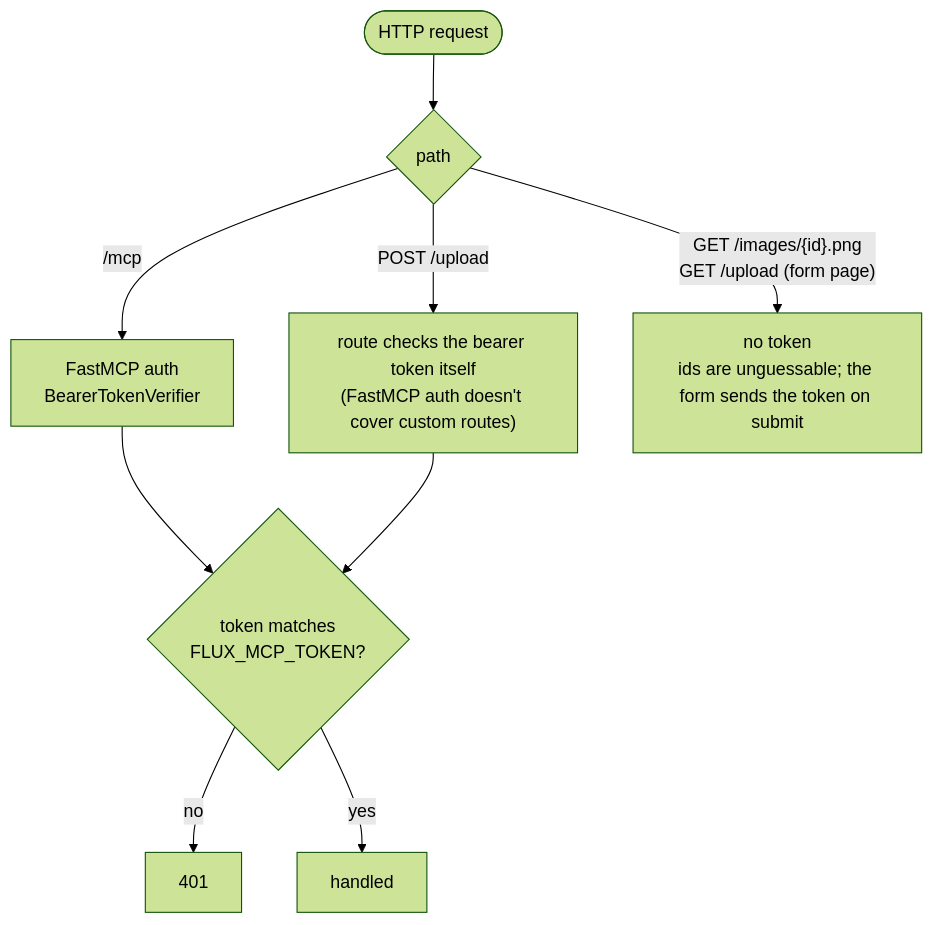
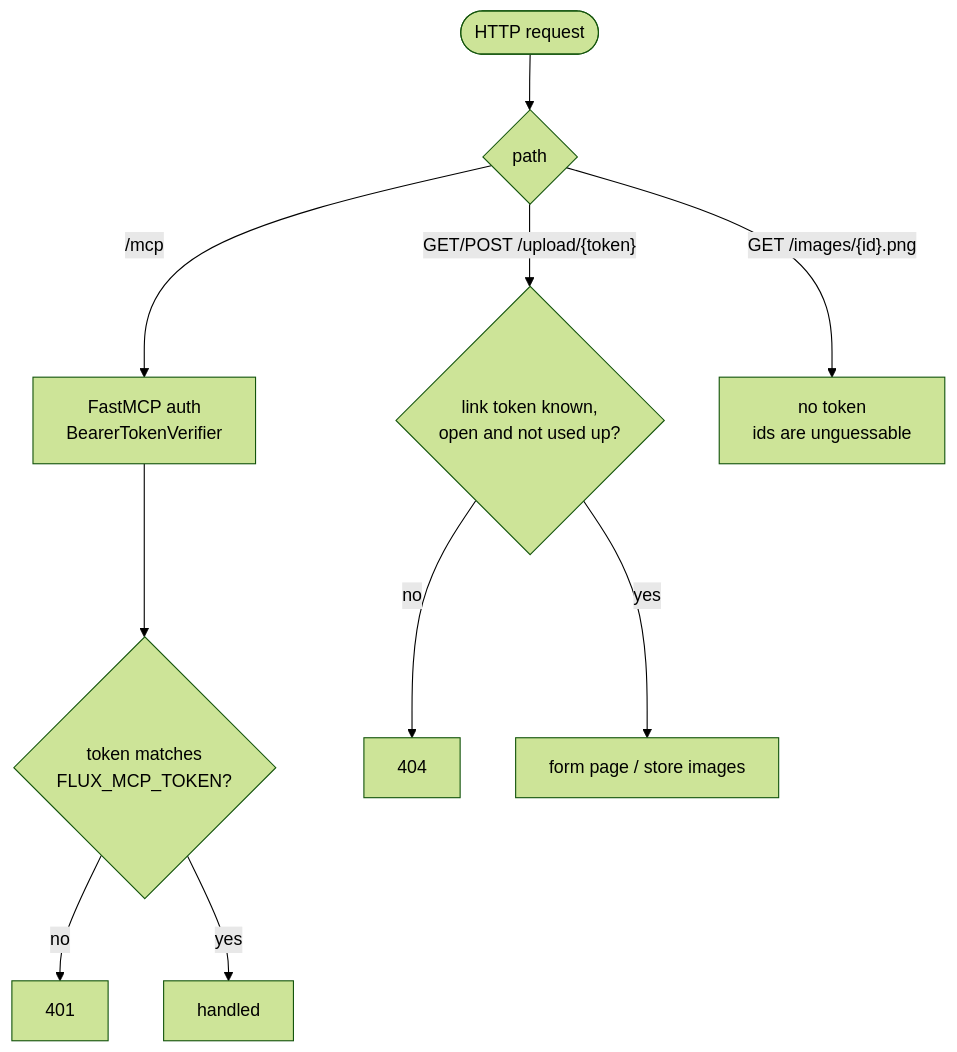
Before and after one commit to geosp/flux-mcp: the eighth of 10 diagrams in docs/ARCHITECTURE.md, drawn with Mermaid (forest theme). The commit also changed other lines of this file and 14 other files, not shown here.

First line of the commit message:
Replace master-token uploads with short-lived upload links

````diff
--- a/docs/ARCHITECTURE.md
+++ b/docs/ARCHITECTURE.md
@@ -242,10 +243,12 @@
 ```mermaid
 flowchart TD
     req(["HTTP request"]) --> path{"path"}
     path -- "/mcp" --> fv["FastMCP auth<br/>BearerTokenVerifier"]
-    path -- "POST /upload" --> own["route checks the bearer token itself<br/>(FastMCP auth doesn't cover custom routes)"]
-    path -- "GET /images/{id}.png<br/>GET /upload (form page)" --> open["no token<br/>ids are unguessable; the form sends the token on submit"]
-    fv & own --> ok{"token matches<br/>FLUX_MCP_TOKEN?"}
+    fv --> ok{"token matches<br/>FLUX_MCP_TOKEN?"}
     ok -- no --> deny["401"]
     ok -- yes --> allow["handled"]
+    path -- "GET/POST /upload/{token}" --> link{"link token known,<br/>open and not used up?"}
+    link -- no --> gone["404"]
+    link -- yes --> store["form page / store images"]
+    path -- "GET /images/{id}.png" --> open["no token<br/>ids are unguessable"]
 ```
````
